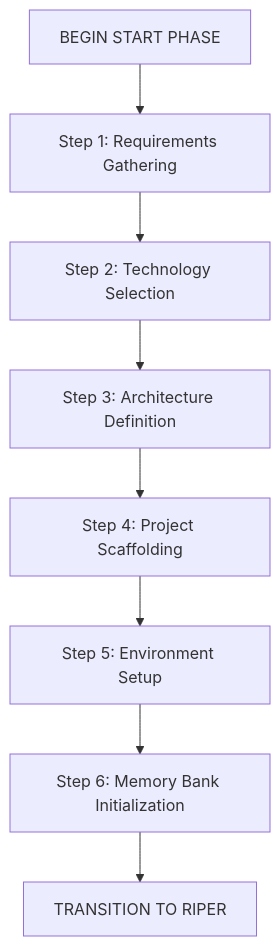
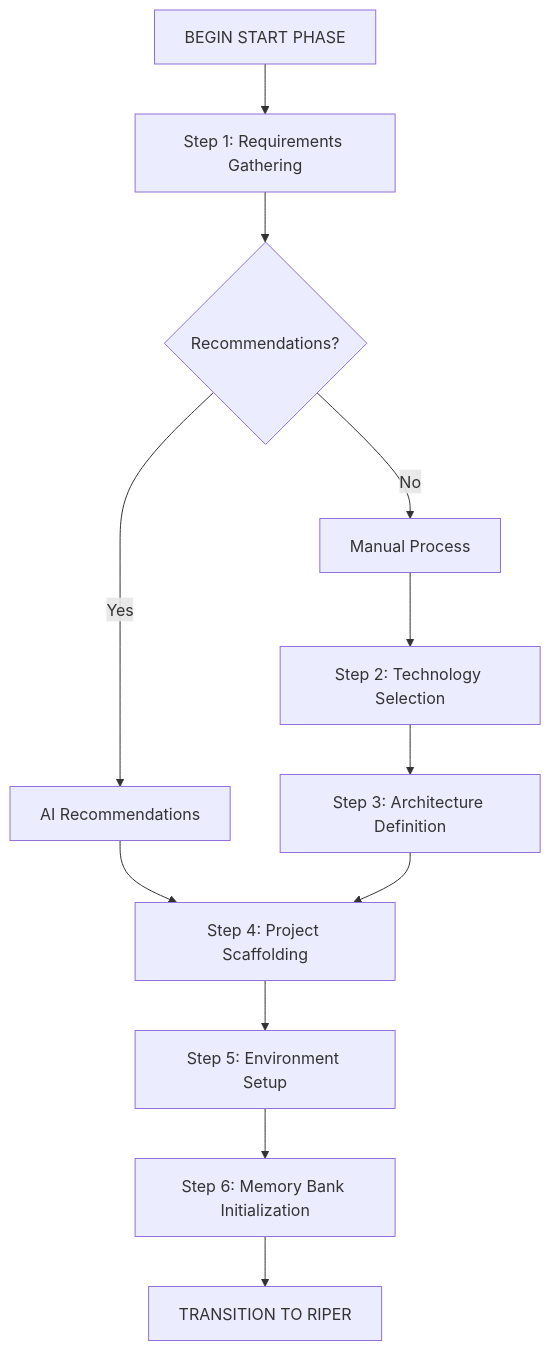
Before and after one commit to johnpeterman72/cursor_memory_riper_framework: the diagram in start-phase-framework.md, drawn with Mermaid. The commit also changed other lines of this file, not shown here.

````diff
--- a/start-phase-framework.md
+++ b/start-phase-framework.md
@@ -15,10 +15,14 @@
 ```mermaid
 flowchart TD
     Start[BEGIN START PHASE] --> Req[Step 1: Requirements Gathering]
-    Req --> Tech[Step 2: Technology Selection]
+    Req --> Decision{Recommendations?}
+    Decision -->|Yes| AutoRecs[AI Recommendations]
+    Decision -->|No| Manual[Manual Process]
+    AutoRecs --> Scaffold[Step 4: Project Scaffolding]
+    Manual --> Tech[Step 2: Technology Selection]
     Tech --> Arch[Step 3: Architecture Definition]
-    Arch --> Scaffold[Step 4: Project Scaffolding]
+    Arch --> Scaffold
     Scaffold --> Setup[Step 5: Environment Setup]
     Setup --> Memory[Step 6: Memory Bank Initialization]
     Memory --> End[TRANSITION TO RIPER]
 ```
````
